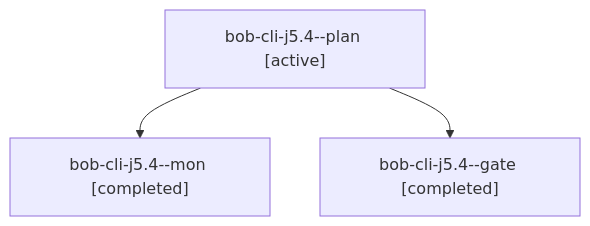
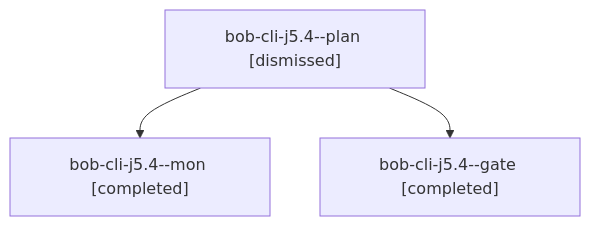
One commit to bobs-org/bob-cli--agents changed the diagram in sessions/bbugyi200.athena.bob-cli-j5.4.md. Above: the diagram before and after it, drawn with Mermaid. The commit also changed other lines of this file and 64 other files, not shown here.

````diff
--- a/sessions/bbugyi200.athena.bob-cli-j5.4.md
+++ b/sessions/bbugyi200.athena.bob-cli-j5.4.md
@@ -9,8 +9,8 @@
 ```mermaid
 flowchart TD
-  n0["bob-cli-j5.4--plan [active]"]
+  n0["bob-cli-j5.4--plan [dismissed]"]
   n1["bob-cli-j5.4--mon [completed]"]
   n0 --> n1
   n2["bob-cli-j5.4--gate [completed]"]
   n0 --> n2
 ```
````
